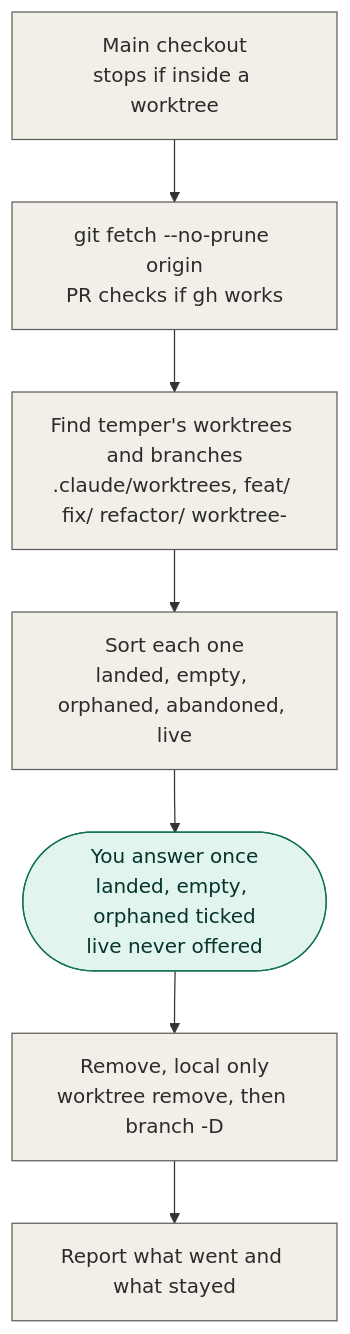
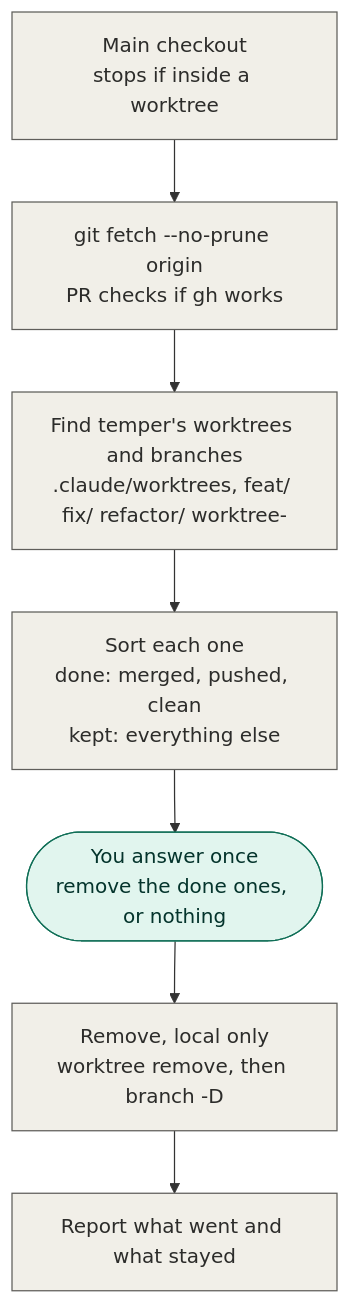
One commit to junayed711/temper changed the sixth of 6 diagrams in README.md. Above: the diagram before and after it, drawn with Mermaid. The commit also changed other lines of this file and 1 other file, not shown here.

Commit message:
cut /temper:cleanup down to done-or-kept with one question

````diff
--- a/README.md
+++ b/README.md
@@ -516,15 +504,15 @@
 ```mermaid
 flowchart TD
     here["Main checkout<br/>stops if inside a worktree"]:::temper
     fetch["git fetch --no-prune origin<br/>PR checks if gh works"]:::temper
     find["Find temper's worktrees and branches<br/>.claude/worktrees, feat/ fix/ refactor/ worktree-"]:::temper
-    sort["Sort each one<br/>landed, empty, orphaned, abandoned, live"]:::temper
-    ask(["You answer once<br/>landed, empty, orphaned ticked<br/>live never offered"]):::you
+    sort["Sort each one<br/>done: merged, pushed, clean<br/>kept: everything else"]:::temper
+    ask(["You answer once<br/>remove the done ones, or nothing"]):::you
     remove["Remove, local only<br/>worktree remove, then branch -D"]:::temper
     report["Report what went and what stayed"]:::temper
 
     here --> fetch --> find --> sort --> ask --> remove --> report
 
     classDef you fill:#E1F5EE,stroke:#0F6E56,color:#04342C
     classDef temper fill:#F1EFE8,stroke:#5F5E5A,color:#2C2C2A
 ```
````
